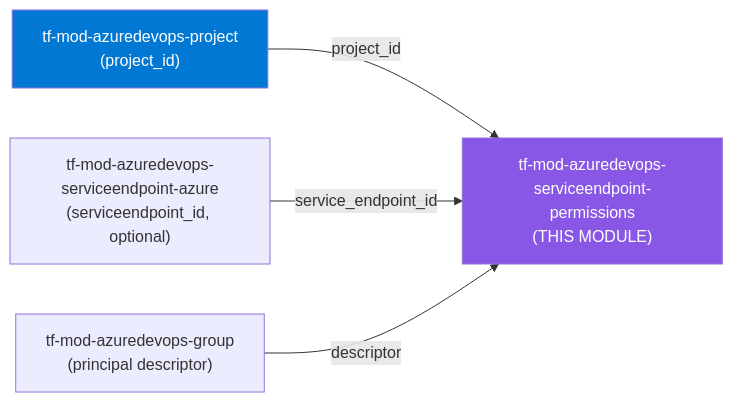
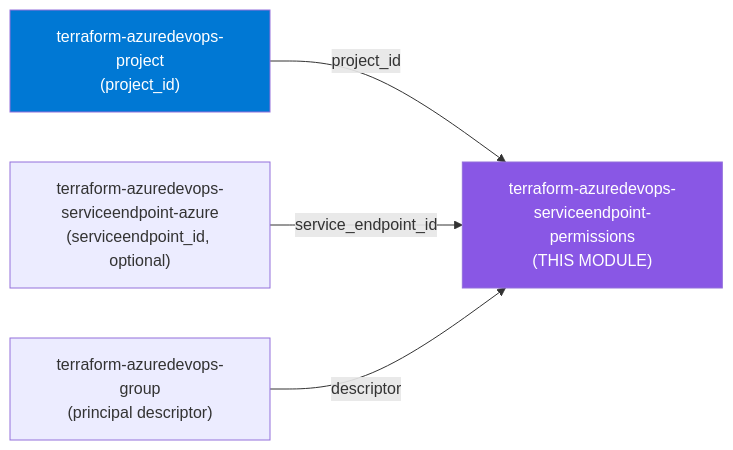
Before and after one commit to microsoftexpert/terraform-azuredevops-serviceendpoint-permissions: the first of 2 diagrams in README.md, drawn with Mermaid. The commit also changed other lines of this file and 2 other files, not shown here.

````diff
--- a/README.md
+++ b/README.md
@@ -46,14 +46,14 @@
 ```mermaid
 flowchart LR
- project["tf-mod-azuredevops-project<br/>(project_id)"]
- endpoint["tf-mod-azuredevops-serviceendpoint-azure<br/>(serviceendpoint_id, optional)"]
- group["tf-mod-azuredevops-group<br/>(principal descriptor)"]
- perms["tf-mod-azuredevops-serviceendpoint-permissions<br/>(THIS MODULE)"]
+ project["terraform-azuredevops-project<br/>(project_id)"]
+ endpoint["terraform-azuredevops-serviceendpoint-azure<br/>(serviceendpoint_id, optional)"]
+ group["terraform-azuredevops-group<br/>(principal descriptor)"]
+ perms["terraform-azuredevops-serviceendpoint-permissions<br/>(THIS MODULE)"]
 
  project -->|"project_id"| perms
  endpoint -->|"service_endpoint_id"| perms
  group -->|"descriptor"| perms
 
  style perms fill:#8957E5,color:#fff
  style project fill:#0078D4,color:#fff
 ```
````
